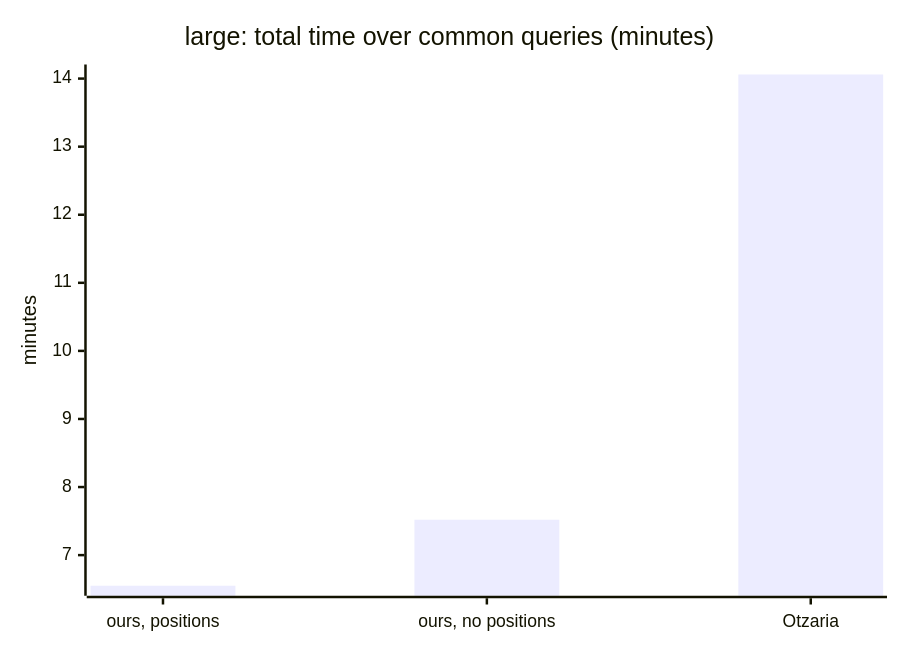
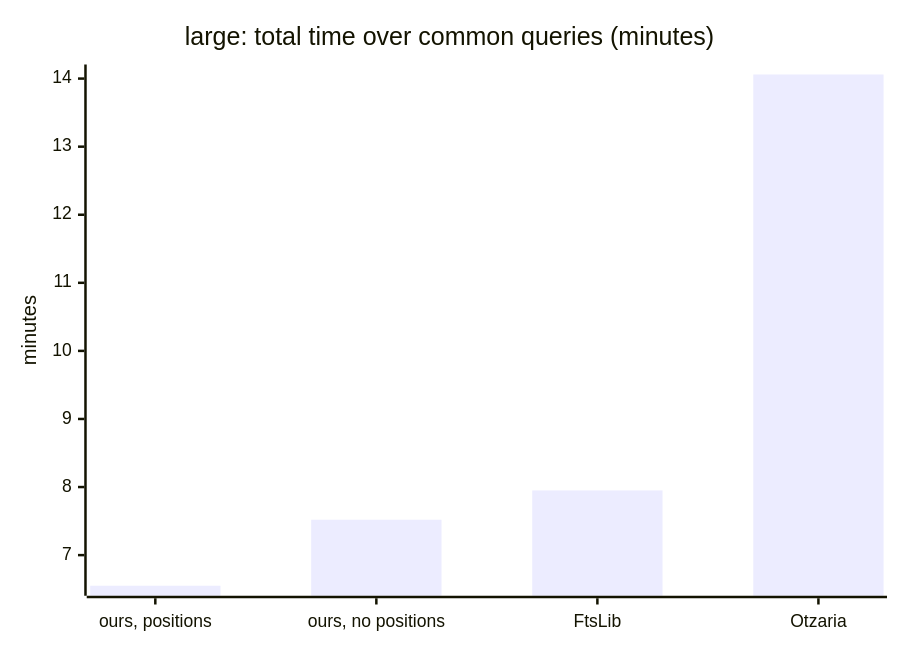
Before and after one commit to KleiKodesh/SeforimLibrarySearchEngine: the third of 11 diagrams in FTS-SPECS-AND-COMPARISONS.md, drawn with Mermaid. The commit also changed other lines of this file, not shown here.

Commit message:
FTS-SPECS-AND-COMPARISONS.md: FtsLib speed runs added

````diff
--- a/FTS-SPECS-AND-COMPARISONS.md
+++ b/FTS-SPECS-AND-COMPARISONS.md
@@ -93,7 +93,7 @@
 ```mermaid
 xychart-beta
     title "large: total time over common queries (minutes)"
-    x-axis ["ours, positions", "ours, no positions", "Otzaria"]
+    x-axis ["ours, positions", "ours, no positions", "FtsLib", "Otzaria"]
     y-axis "minutes"
-    bar [6.55, 7.52, 14.06]
+    bar [6.55, 7.52, 7.95, 14.06]
 ```
````
